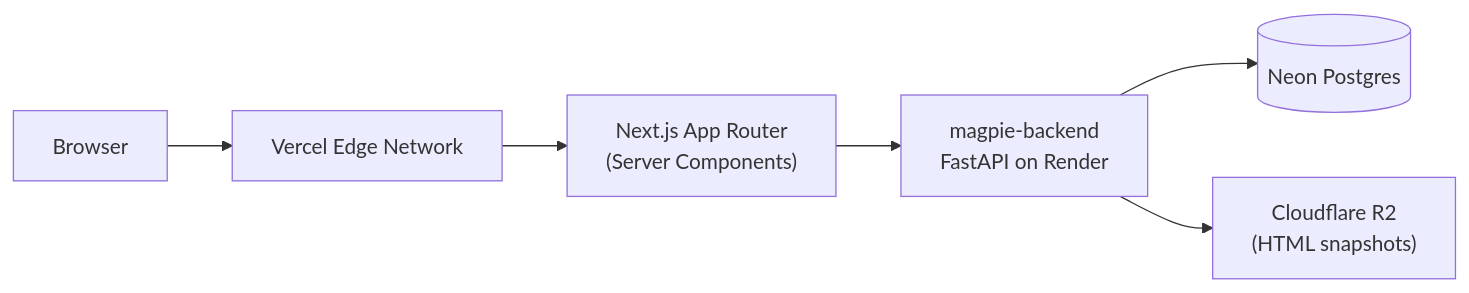
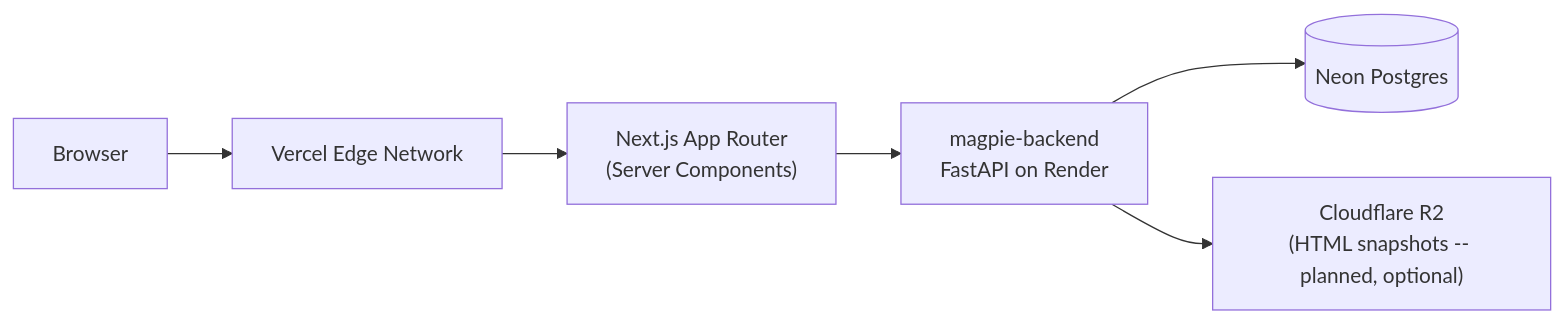
Before and after one commit to Abdul-Muizz1310/magpie-frontend: the first of 4 diagrams in docs/ARCHITECTURE.md, drawn with Mermaid. The commit also changed 7 other files, not shown here.

````diff
--- a/docs/ARCHITECTURE.md
+++ b/docs/ARCHITECTURE.md
@@ -5,8 +5,8 @@
 ```mermaid
 flowchart LR
     User["Browser"] --> Vercel["Vercel Edge Network"]
     Vercel --> NextApp["Next.js App Router<br/>(Server Components)"]
     NextApp --> API["magpie-backend<br/>FastAPI on Render"]
     API --> Neon[("Neon Postgres")]
-    API --> R2["Cloudflare R2<br/>(HTML snapshots)"]
+    API --> R2["Cloudflare R2<br/>(HTML snapshots -- planned, optional)"]
 ```
````
